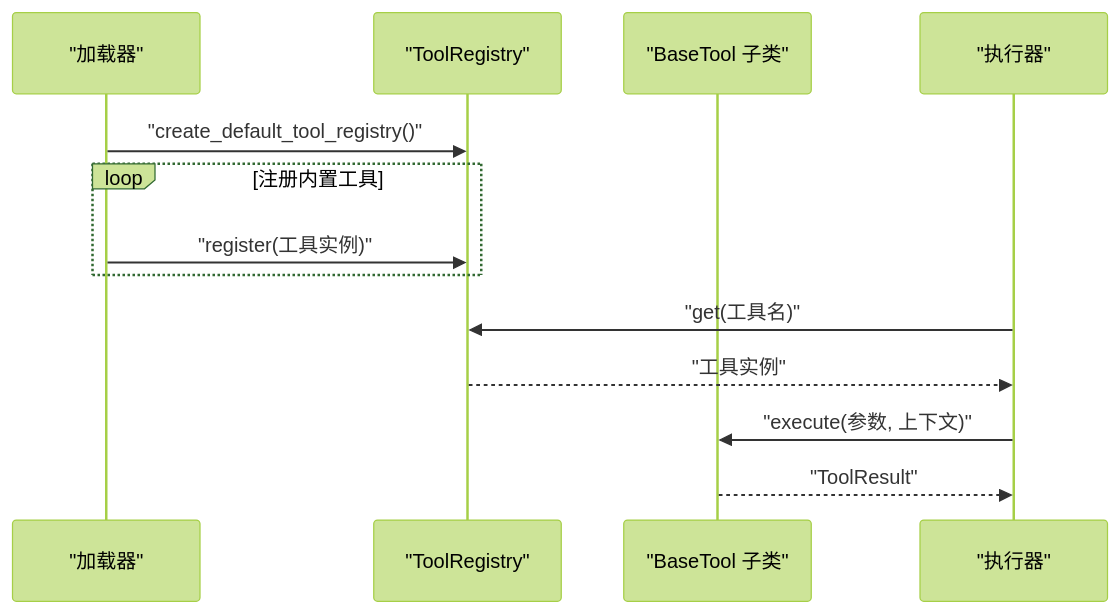
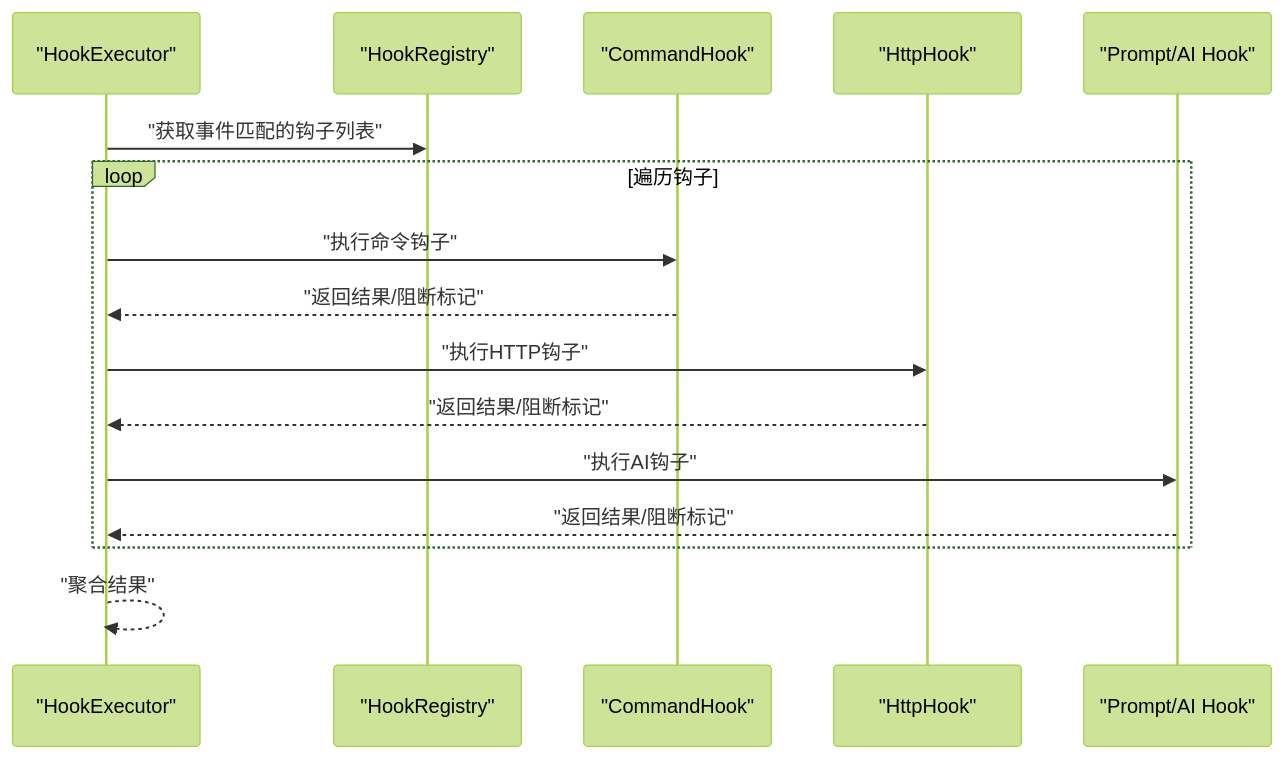
One commit to haolange/OpenHarness changed the seventh of 8 diagrams in .qoder/repowiki/zh/content/核心概念/工具系统架构.md. Above: the diagram before and after it, drawn with Mermaid (forest theme). The commit also changed other lines of this file and 222 other files, not shown here.

````diff
--- a/.qoder/repowiki/zh/content/核心概念/工具系统架构.md
+++ b/.qoder/repowiki/zh/content/核心概念/工具系统架构.md
@@ -268,15 +318,18 @@
 ```mermaid
 sequenceDiagram
-participant Loader as "加载器"
-participant Registry as "ToolRegistry"
-participant Tool as "BaseTool 子类"
-participant Exec as "执行器"
-Loader->>Registry : "create_default_tool_registry()"
-loop 注册内置工具
-Loader->>Registry : "register(工具实例)"
+participant Exec as "HookExecutor"
+participant Reg as "HookRegistry"
+participant Cmd as "CommandHook"
+participant Http as "HttpHook"
+participant Prompt as "Prompt/AI Hook"
+Exec->>Reg : "获取事件匹配的钩子列表"
+loop 遍历钩子
+Exec->>Cmd : "执行命令钩子"
+Cmd-->>Exec : "返回结果/阻断标记"
+Exec->>Http : "执行HTTP钩子"
+Http-->>Exec : "返回结果/阻断标记"
+Exec->>Prompt : "执行AI钩子"
+Prompt-->>Exec : "返回结果/阻断标记"
 end
-Exec->>Registry : "get(工具名)"
-Registry-->>Exec : "工具实例"
-Exec->>Tool : "execute(参数, 上下文)"
-Tool-->>Exec : "ToolResult"
+Exec-->>Exec : "聚合结果"
 ```
````
